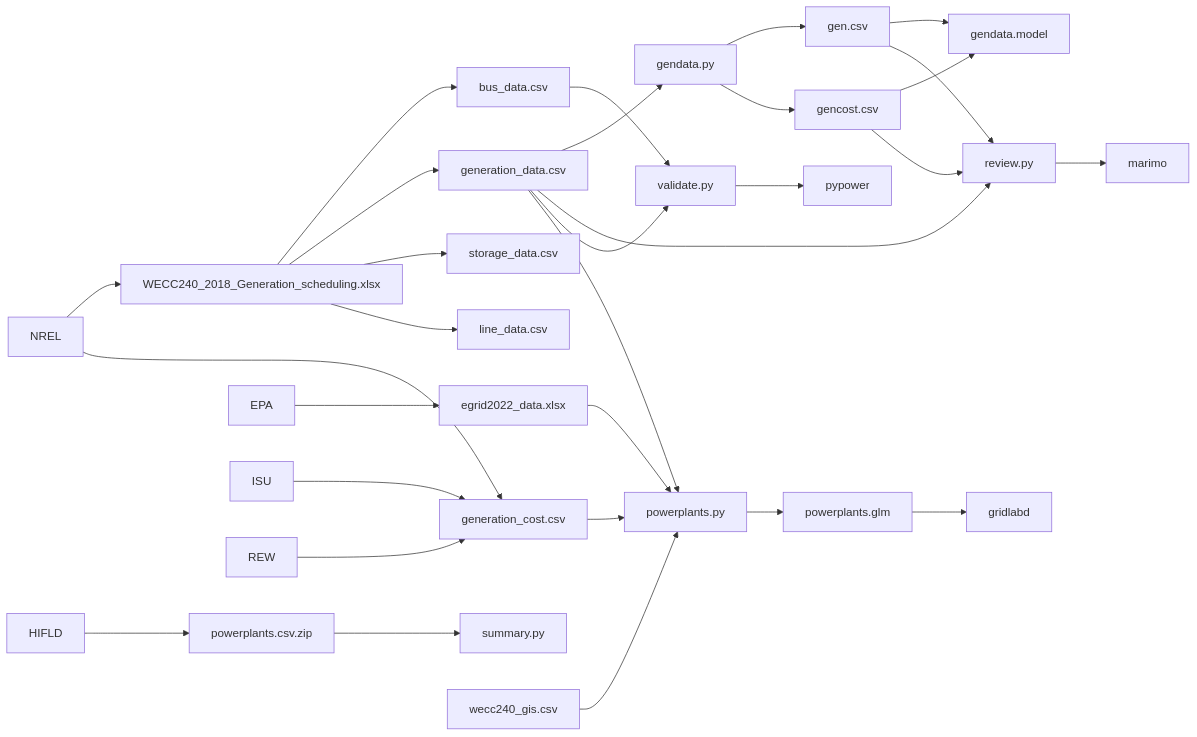
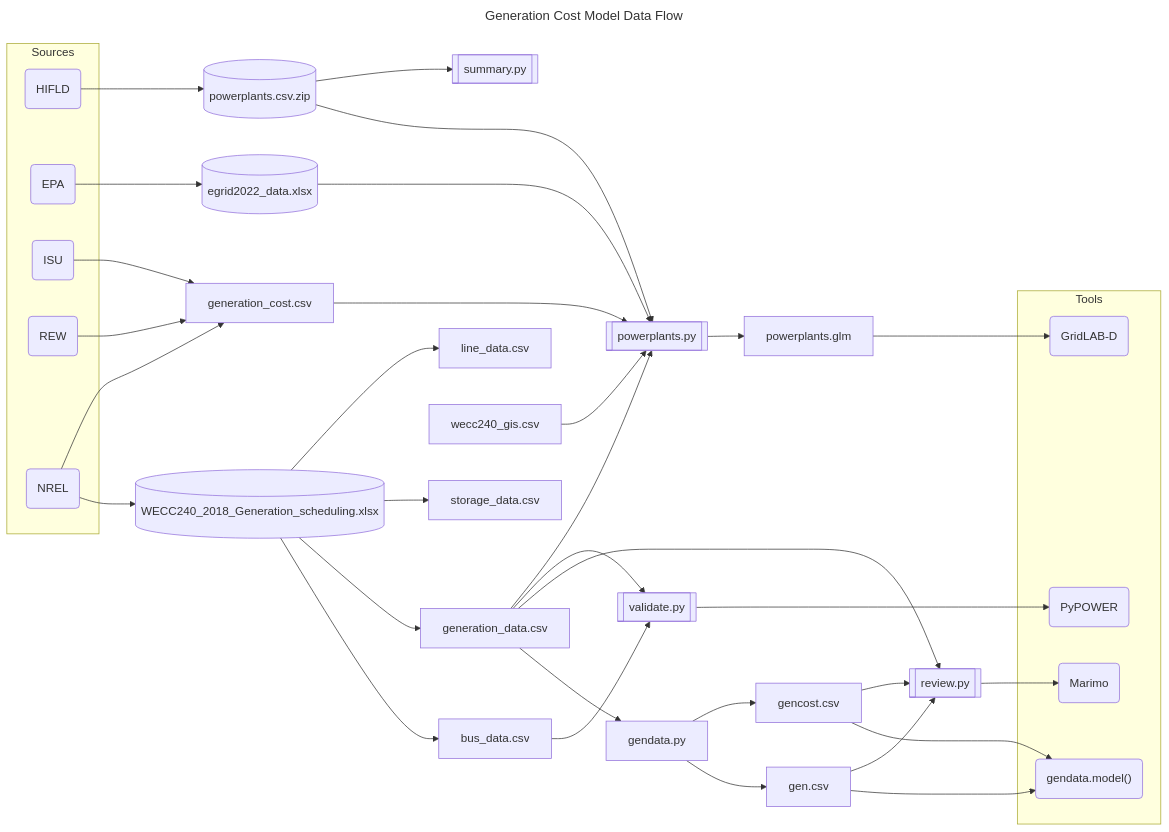
One commit to slacgismo/regrow changed the diagram in generation_modeling/README.md. Above: the diagram before and after it, drawn with Mermaid.

````diff
--- a/generation_modeling/README.md
+++ b/generation_modeling/README.md
@@ -64,32 +64,57 @@
 ```mermaid
-graph LR
+---
+title: Generation Cost Model Data Flow
+---
+flowchart LR
     bus_data.csv --> validate.py
     gen.csv --> gendata.model
     gen.csv --> review.py
     gencost.csv --> gendata.model
     gencost.csv --> review.py
     gendata.py --> gen.csv
     gendata.py --> gencost.csv
     generation_cost.csv --> powerplants.py
     generation_data.csv --> gendata.py
     generation_data.csv --> review.py
     generation_data.csv --> validate.py
     generation_data.csv --> powerplants.py
+    powerplants.csv.zip --> powerplants.py
     powerplants.csv.zip --> summary.py
     powerplants.py --> powerplants.glm
     WECC240_2018_Generation_scheduling.xlsx --> bus_data.csv
     WECC240_2018_Generation_scheduling.xlsx --> generation_data.csv
     WECC240_2018_Generation_scheduling.xlsx --> storage_data.csv
     WECC240_2018_Generation_scheduling.xlsx --> line_data.csv
     egrid2022_data.xlsx --> powerplants.py
     wecc240_gis.csv --> powerplants.py
     HIFLD --> powerplants.csv.zip
     EPA --> egrid2022_data.xlsx
+    ISU --> generation_cost.csv
+    REW --> generation_cost.csv
     NREL --> WECC240_2018_Generation_scheduling.xlsx
-    ISU --> generation_cost.csv
     NREL --> generation_cost.csv
-    REW --> generation_cost.csv
     validate.py --> pypower
     powerplants.glm --> gridlabd
     review.py --> marimo
+
+    review.py[[review.py]]
+    powerplants.py[[powerplants.py]]
+    validate.py[[validate.py]]
+    summary.py[[summary.py]]
+    WECC240_2018_Generation_scheduling.xlsx[(WECC240_2018_Generation_scheduling.xlsx)]
+    egrid2022_data.xlsx[(egrid2022_data.xlsx)]
+    powerplants.csv.zip[(powerplants.csv.zip)]
+    subgraph Sources
+        NREL(NREL)
+        HIFLD(HIFLD)
+        EPA(EPA)
+        ISU(ISU)
+        REW(REW)
+    end
+    subgraph Tools
+        pypower(PyPOWER)
+        marimo(Marimo)
+        gridlabd(GridLAB-D)
+        gendata.model("gendata.model()")
+    end
 ```
````
